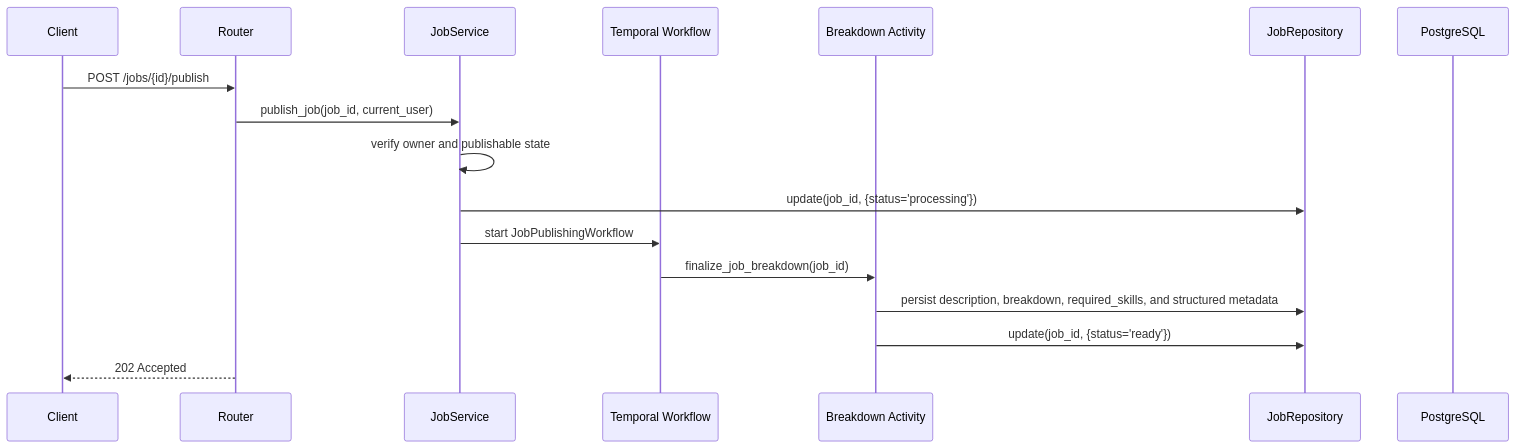
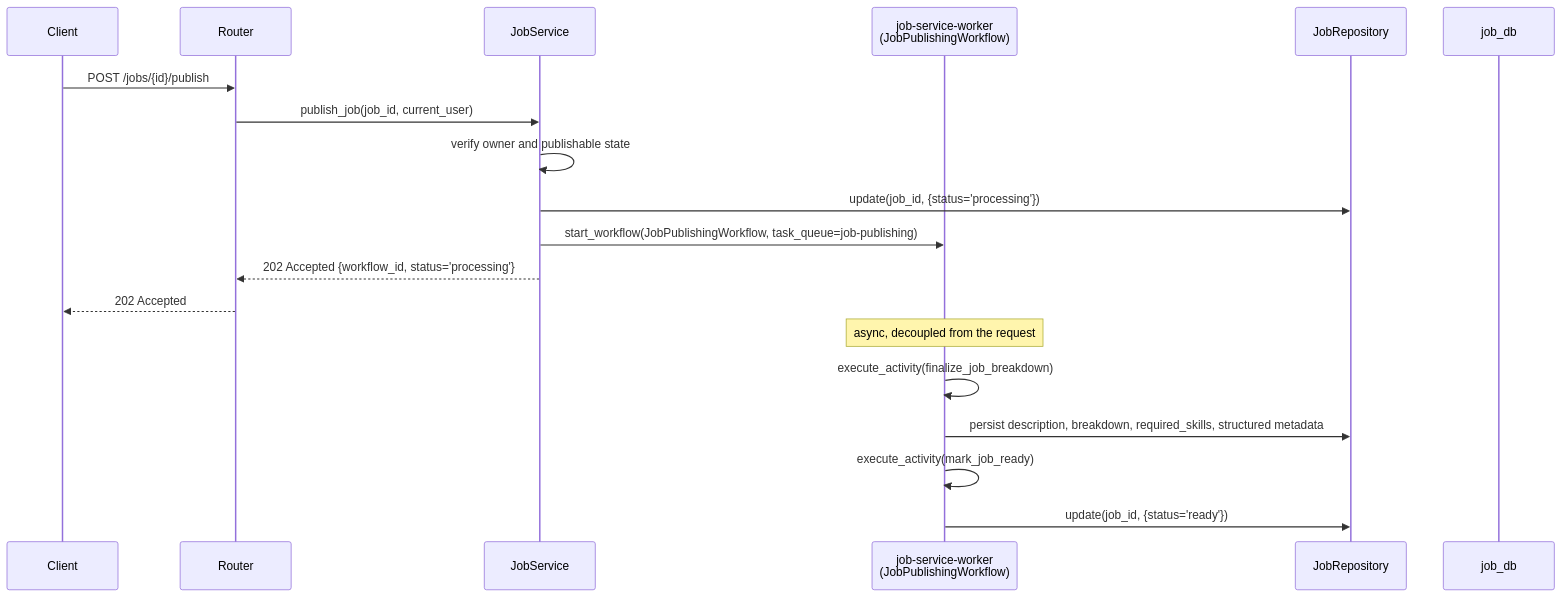
The fourth of 8 diagrams in docs/SERVICES.md (afnan-emumba/smart-hire), drawn with Mermaid before and after one commit. The commit also changed other lines of this file and 75 other files, not shown here.

````diff
--- a/docs/SERVICES.md
+++ b/docs/SERVICES.md
@@ -124,20 +134,23 @@
 ```mermaid
 sequenceDiagram
     participant Client
     participant Router
     participant Service as JobService
-    participant Temporal as Temporal Workflow
-    participant Activity as Breakdown Activity
+    participant Temporal as job-service-worker<br/>(JobPublishingWorkflow)
     participant Repo as JobRepository
-    participant DB as PostgreSQL
+    participant DB as job_db
 
     Client->>Router: POST /jobs/{id}/publish
     Router->>Service: publish_job(job_id, current_user)
     Service->>Service: verify owner and publishable state
     Service->>Repo: update(job_id, {status='processing'})
-    Service->>Temporal: start JobPublishingWorkflow
-    Temporal->>Activity: finalize_job_breakdown(job_id)
-    Activity->>Repo: persist description, breakdown, required_skills, and structured metadata
-    Activity->>Repo: update(job_id, {status='ready'})
+    Service->>Temporal: start_workflow(JobPublishingWorkflow, task_queue=job-publishing)
+    Service-->>Router: 202 Accepted {workflow_id, status='processing'}
     Router-->>Client: 202 Accepted
+
+    Note over Temporal: async, decoupled from the request
+    Temporal->>Temporal: execute_activity(finalize_job_breakdown)
+    Temporal->>Repo: persist description, breakdown, required_skills, structured metadata
+    Temporal->>Temporal: execute_activity(mark_job_ready)
+    Temporal->>Repo: update(job_id, {status='ready'})
 ```
````
